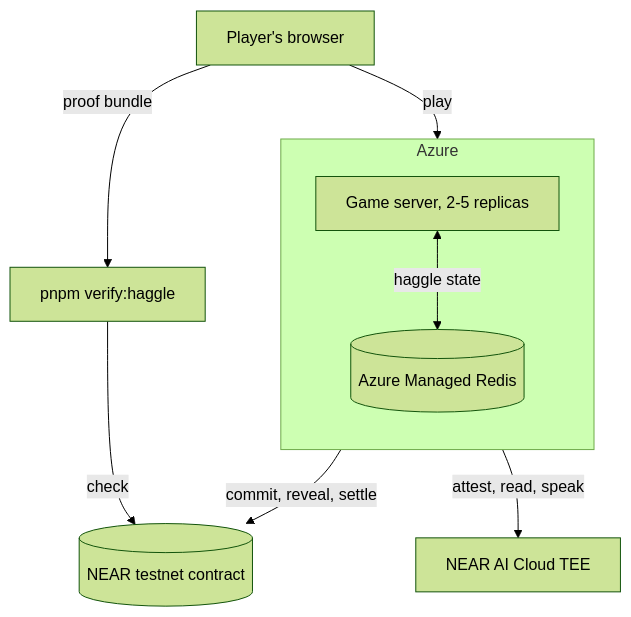
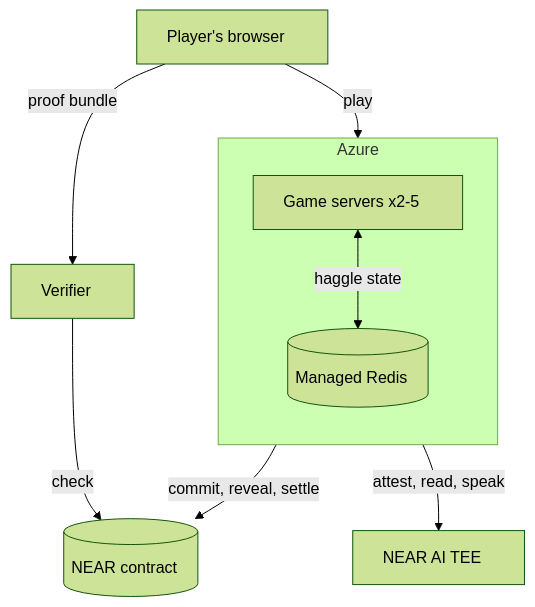
One commit to lopeselio/bazaar-of-liars changed the first of 2 diagrams in README.md. Above: the diagram before and after it, drawn with Mermaid (forest theme).

Commit message:
README: unclipped diagram labels

````diff
--- a/README.md
+++ b/README.md
@@ -37,19 +37,19 @@
 ```mermaid
 flowchart TB
-  P["Player's browser"]
+  P["Player's browser&nbsp;&nbsp;&nbsp;"]
   subgraph AZ["Azure"]
     direction TB
-    S["Game server, 2-5 replicas"]
-    R[("Azure Managed Redis")]
+    S["Game servers x2-5&nbsp;&nbsp;&nbsp;"]
+    R[("Managed Redis&nbsp;&nbsp;&nbsp;")]
   end
-  AI["NEAR AI Cloud TEE"]
-  C[("NEAR testnet contract")]
-  V["pnpm verify:haggle"]
+  AI["NEAR AI TEE&nbsp;&nbsp;&nbsp;"]
+  C[("NEAR contract&nbsp;&nbsp;&nbsp;")]
+  V["Verifier&nbsp;&nbsp;&nbsp;"]
 
   P -->|play| S
   S <-->|haggle state| R
   S -->|attest, read, speak| AI
   S -->|commit, reveal, settle| C
   P -->|proof bundle| V
   V -->|check| C
 ```
````
